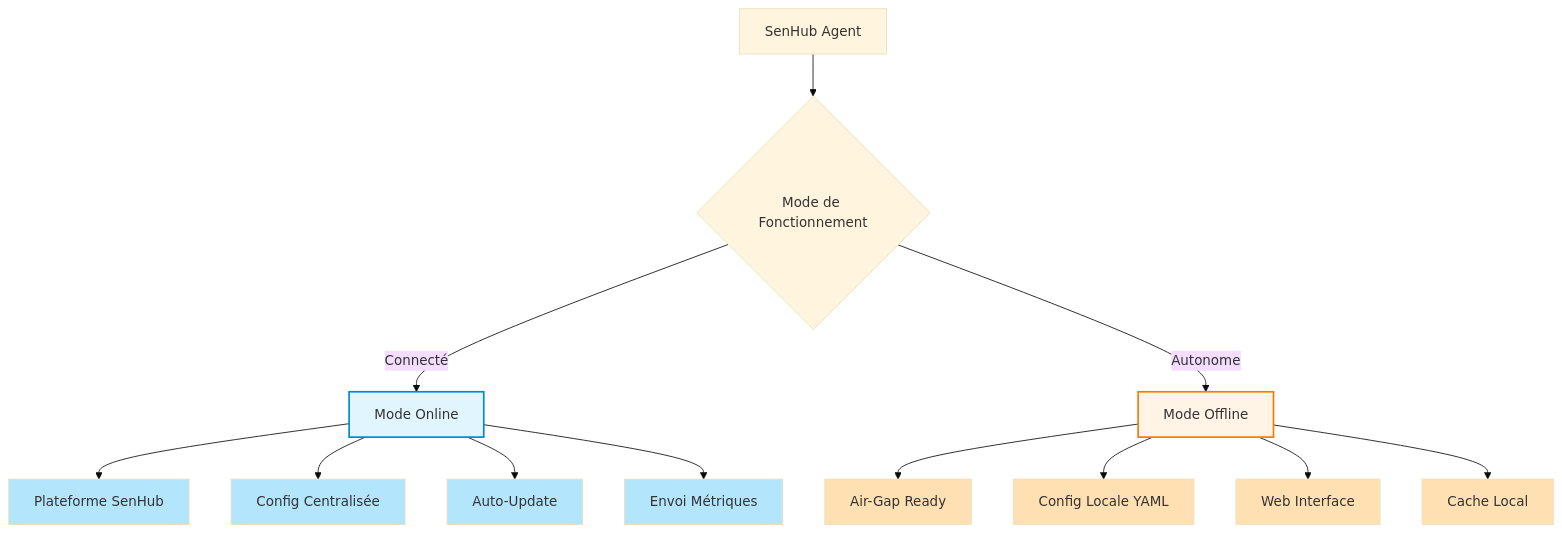
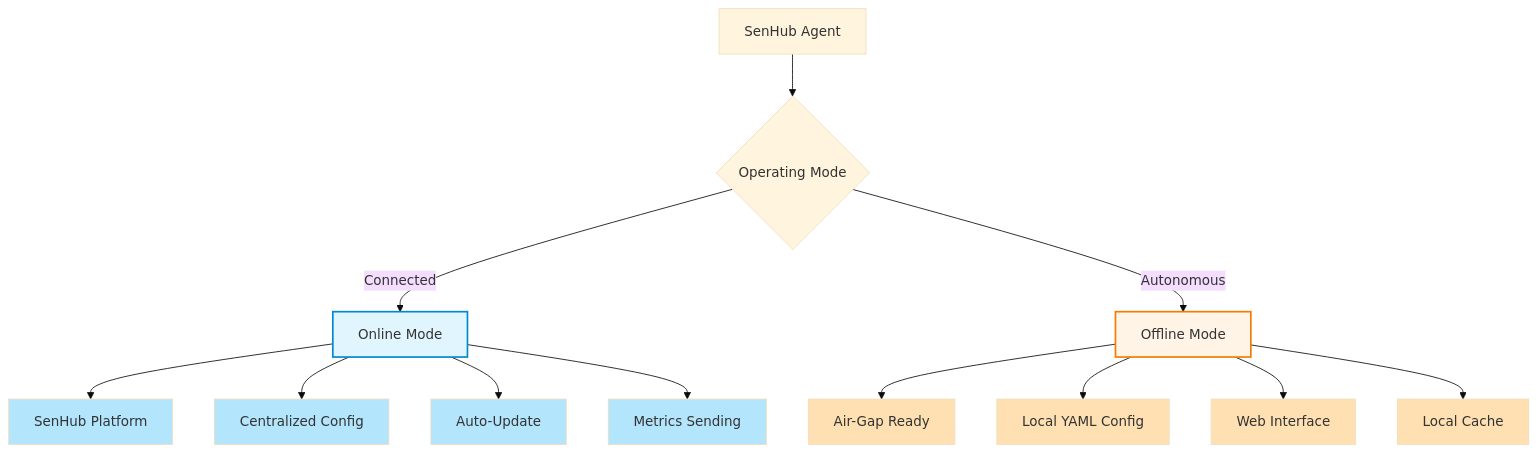
The first of 13 diagrams in docs/user-guide/OPERATING-MODES.md (senhub-io/senhub-agent), drawn with Mermaid (base theme) before and after one commit. The commit also changed other lines of this file and 1 other file, not shown here.

First line of the commit message:
docs(user-guide): translate INSTALLATION and OPERATING-MODES to English

````diff
--- a/docs/user-guide/OPERATING-MODES.md
+++ b/docs/user-guide/OPERATING-MODES.md
@@ -18,27 +18,27 @@
 ```mermaid
 graph TD
-    A[SenHub Agent] --> B{Mode de Fonctionnement}
-    B -->|Connecté| C[Mode Online]
-    B -->|Autonome| D[Mode Offline]
+    A[SenHub Agent] --> B{Operating Mode}
+    B -->|Connected| C[Online Mode]
+    B -->|Autonomous| D[Offline Mode]
 
-    C --> C1[Plateforme SenHub]
-    C --> C2[Config Centralisée]
+    C --> C1[SenHub Platform]
+    C --> C2[Centralized Config]
     C --> C3[Auto-Update]
-    C --> C4[Envoi Métriques]
+    C --> C4[Metrics Sending]
 
     D --> D1[Air-Gap Ready]
-    D --> D2[Config Locale YAML]
+    D --> D2[Local YAML Config]
     D --> D3[Web Interface]
-    D --> D4[Cache Local]
+    D --> D4[Local Cache]
 
     style C fill:#e1f5ff,stroke:#0288d1,stroke-width:2px
     style D fill:#fff4e6,stroke:#f57c00,stroke-width:2px
     style C1 fill:#b3e5fc
     style C2 fill:#b3e5fc
     style C3 fill:#b3e5fc
     style C4 fill:#b3e5fc
     style D1 fill:#ffe0b2
     style D2 fill:#ffe0b2
     style D3 fill:#ffe0b2
     style D4 fill:#ffe0b2
 ```
````
